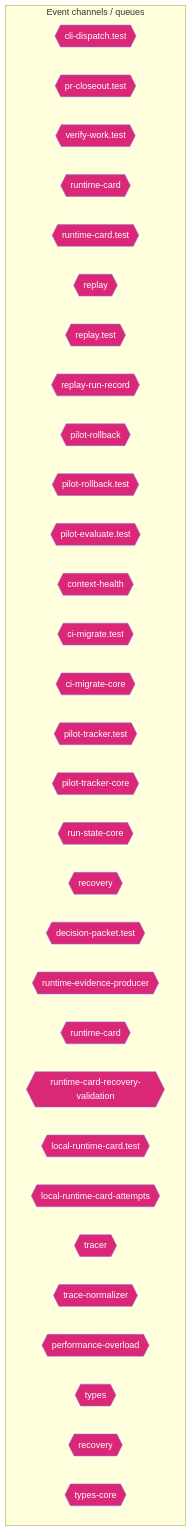
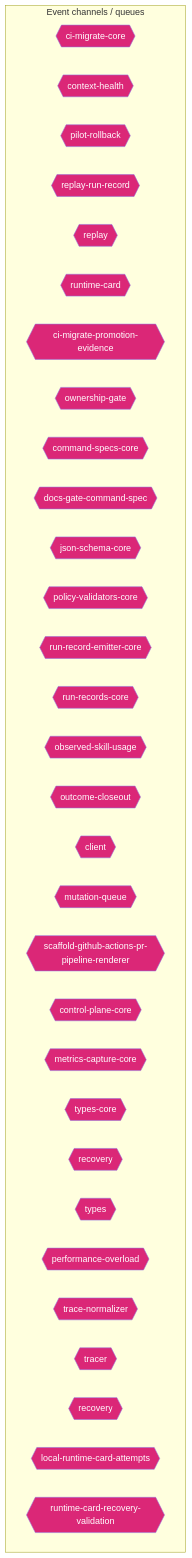
One commit to jscraik/coding-harness changed the ninth of 14 diagrams in AI/context/diagram-context.md. Above: the diagram before and after it, drawn with Mermaid. The commit also changed other lines of this file and 16 other files, not shown here.

````diff
--- a/AI/context/diagram-context.md
+++ b/AI/context/diagram-context.md
@@ -1740,38 +933,38 @@
 ```mermaid
 flowchart TD
   subgraph Channels["Event channels / queues"]
-    cli_dispatch_test_54c9f17b{{"cli-dispatch.test"}}
-    pr_closeout_test_12a1ffdd{{"pr-closeout.test"}}
-    verify_work_test_0e12f6c5{{"verify-work.test"}}
+    ci_migrate_core_7005b5af{{"ci-migrate-core"}}
+    context_health_80bb7da9{{"context-health"}}
+    pilot_rollback_00c1f82c{{"pilot-rollback"}}
+    replay_run_record_9a08cce2{{"replay-run-record"}}
+    replay_ac203c98{{"replay"}}
     runtime_card_e06b53e1{{"runtime-card"}}
-    runtime_card_test_af812837{{"runtime-card.test"}}
-    replay_ac203c98{{"replay"}}
-    replay_test_935f7436{{"replay.test"}}
-    replay_run_record_9a08cce2{{"replay-run-record"}}
-    pilot_rollback_00c1f82c{{"pilot-rollback"}}
-    pilot_rollback_test_e61d5a2b{{"pilot-rollback.test"}}
-    pilot_evaluate_test_a2ac06fc{{"pilot-evaluate.test"}}
-    context_health_80bb7da9{{"context-health"}}
-    ci_migrate_test_2a015bb9{{"ci-migrate.test"}}
-    ci_migrate_core_7005b5af{{"ci-migrate-core"}}
-    pilot_tracker_test_80398a66{{"pilot-tracker.test"}}
-    pilot_tracker_core_80d8ac96{{"pilot-tracker-core"}}
-    run_state_core_25a955bc{{"run-state-core"}}
+    ci_migrate_promotion_evidence_1a2dc527{{"ci-migrate-promotion-evidence"}}
+    ownership_gate_2e194d13{{"ownership-gate"}}
+    command_specs_core_1c0ffc99{{"command-specs-core"}}
+    docs_gate_command_spec_16795187{{"docs-gate-command-spec"}}
+    json_schema_core_96d7e328{{"json-schema-core"}}
+    policy_validators_core_714a3fe7{{"policy-validators-core"}}
+    run_record_emitter_core_688049d5{{"run-record-emitter-core"}}
+    run_records_core_89286dfa{{"run-records-core"}}
+    observed_skill_usage_ed7d5930{{"observed-skill-usage"}}
+    outcome_closeout_ba497ec2{{"outcome-closeout"}}
+    client_948fe603{{"client"}}
+    mutation_queue_ce5a530e{{"mutation-queue"}}
+    scaffold_github_actions_pr_pipeline_renderer_1ee18de5{{"scaffold-github-actions-pr-pipeline-renderer"}}
+    control_plane_core_db3b4cb2{{"control-plane-core"}}
+    metrics_capture_core_db4bf7cf{{"metrics-capture-core"}}
+    types_core_1_8bd0f8fd{{"types-core"}}
     recovery_8c585378{{"recovery"}}
-    decision_packet_test_9ea0e97b{{"decision-packet.test"}}
-    runtime_evidence_producer_ea388cb5{{"runtime-evidence-producer"}}
-    runtime_card_1_465a49d2{{"runtime-card"}}
+    types_14_fe7507be{{"types"}}
+    performance_overload_c685bfcf{{"performance-overload"}}
+    trace_normalizer_cb1be1d2{{"trace-normalizer"}}
+    tracer_1e6243a2{{"tracer"}}
+    recovery_1_4d1804ab{{"recovery"}}
+    local_runtime_card_attempts_28aa46ea{{"local-runtime-card-attempts"}}
     runtime_card_recovery_validation_e216d883{{"runtime-card-recovery-validation"}}
-    local_runtime_card_test_b508222b{{"local-runtime-card.test"}}
-    local_runtime_card_attempts_28aa46ea{{"local-runtime-card-attempts"}}
-    tracer_1e6243a2{{"tracer"}}
-    trace_normalizer_cb1be1d2{{"trace-normalizer"}}
-    performance_overload_c685bfcf{{"performance-overload"}}
-    types_9_1db4641f{{"types"}}
-    recovery_1_4d1804ab{{"recovery"}}
-    types_core_e405ddca{{"types-core"}}
   end
   classDef eventNode fill:#db2777,color:#fff
-  class cli_dispatch_test_54c9f17b,pr_closeout_test_12a1ffdd,verify_work_test_0e12f6c5,runtime_card_e06b53e1,runtime_card_test_af812837,replay_ac203c98,replay_test_935f7436,replay_run_record_9a08cce2,pilot_rollback_00c1f82c,pilot_rollback_test_e61d5a2b,pilot_evaluate_test_a2ac06fc,context_health_80bb7da9,ci_migrate_test_2a015bb9,ci_migrate_core_7005b5af,pilot_tracker_test_80398a66,pilot_tracker_core_80d8ac96,run_state_core_25a955bc,recovery_8c585378,decision_packet_test_9ea0e97b,runtime_evidence_producer_ea388cb5,runtime_card_1_465a49d2,runtime_card_recovery_validation_e216d883,local_runtime_card_test_b508222b,local_runtime_card_attempts_28aa46ea,tracer_1e6243a2,trace_normalizer_cb1be1d2,performance_overload_c685bfcf,types_9_1db4641f,recovery_1_4d1804ab,types_core_e405ddca eventNode
+  class ci_migrate_core_7005b5af,context_health_80bb7da9,pilot_rollback_00c1f82c,replay_run_record_9a08cce2,replay_ac203c98,runtime_card_e06b53e1,ci_migrate_promotion_evidence_1a2dc527,ownership_gate_2e194d13,command_specs_core_1c0ffc99,docs_gate_command_spec_16795187,json_schema_core_96d7e328,policy_validators_core_714a3fe7,run_record_emitter_core_688049d5,run_records_core_89286dfa,observed_skill_usage_ed7d5930,outcome_closeout_ba497ec2,client_948fe603,mutation_queue_ce5a530e,scaffold_github_actions_pr_pipeline_renderer_1ee18de5,control_plane_core_db3b4cb2,metrics_capture_core_db4bf7cf,types_core_1_8bd0f8fd,recovery_8c585378,types_14_fe7507be,performance_overload_c685bfcf,trace_normalizer_cb1be1d2,tracer_1e6243a2,recovery_1_4d1804ab,local_runtime_card_attempts_28aa46ea,runtime_card_recovery_validation_e216d883 eventNode
 
 ```
````
